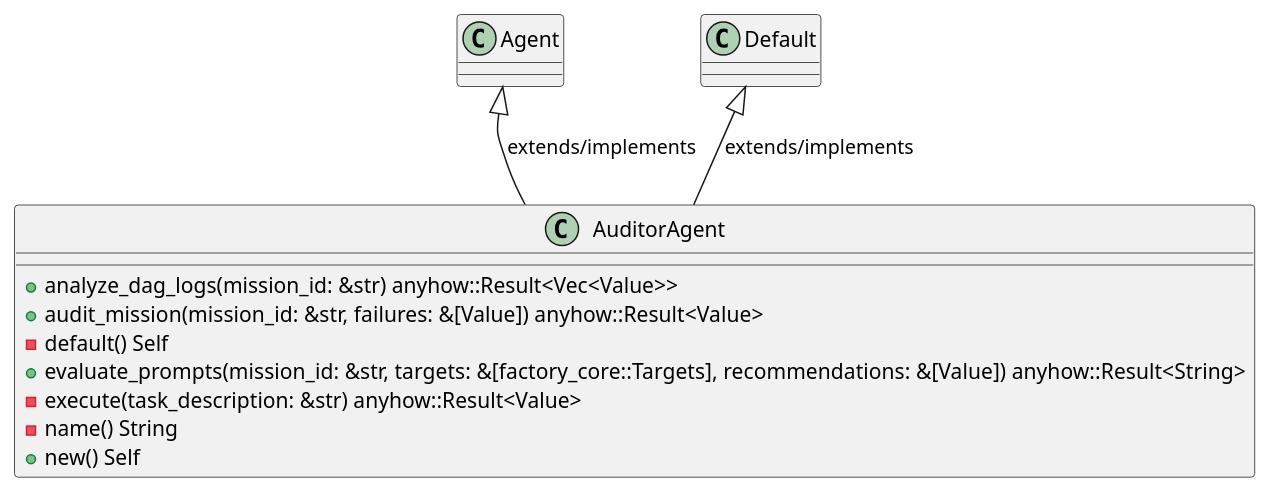
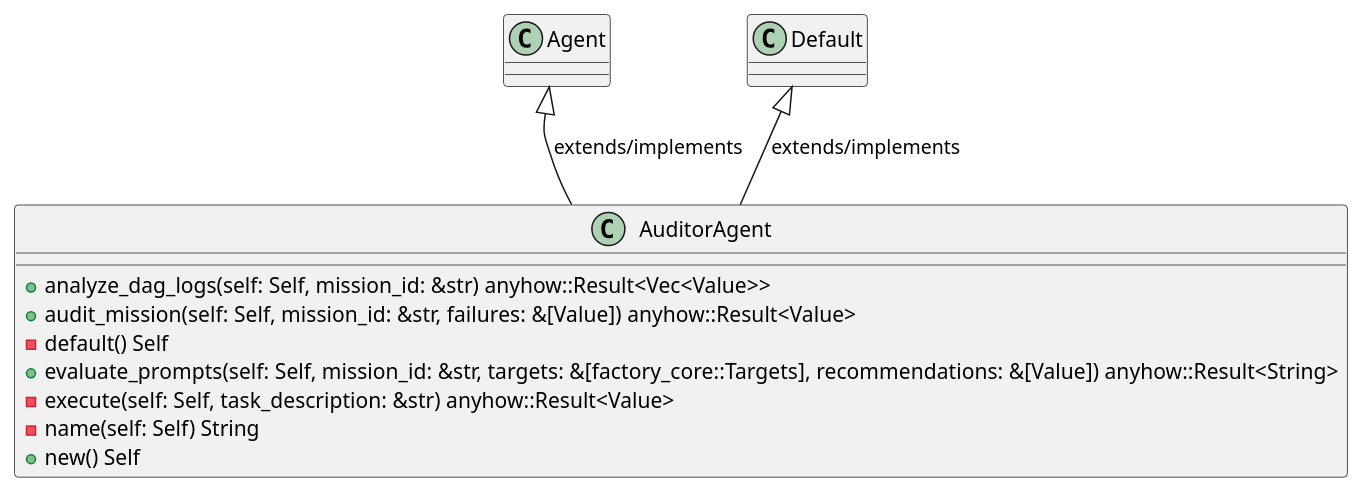
Before and after one commit to lgcorzo/rust_CACD_autonomous_factory: the first of 6 diagrams in openwiki/crates_factory_application_src_agents_auditor.md, drawn with PlantUML. The commit also changed other lines of this file and 95 other files, not shown here.

````diff
--- a/openwiki/crates_factory_application_src_agents_auditor.md
+++ b/openwiki/crates_factory_application_src_agents_auditor.md
@@ -171,16 +174,16 @@
 ```plantuml
 @startuml
 class AuditorAgent {
-    +analyze_dag_logs(mission_id: &str) anyhow::Result<Vec<Value>>
-    +audit_mission(mission_id: &str, failures: &[Value]) anyhow::Result<Value>
+    +analyze_dag_logs(self: Self, mission_id: &str) anyhow::Result<Vec<Value>>
+    +audit_mission(self: Self, mission_id: &str, failures: &[Value]) anyhow::Result<Value>
     -default() Self
-    +evaluate_prompts(mission_id: &str, targets: &[factory_core::Targets], recommendations: &[Value]) anyhow::Result<String>
-    -execute(task_description: &str) anyhow::Result<Value>
-    -name() String
+    +evaluate_prompts(self: Self, mission_id: &str, targets: &[factory_core::Targets], recommendations: &[Value]) anyhow::Result<String>
+    -execute(self: Self, task_description: &str) anyhow::Result<Value>
+    -name(self: Self) String
     +new() Self
 }
 Agent <|-- AuditorAgent : extends/implements
 Default <|-- AuditorAgent : extends/implements
 @enduml
 
 ```
````
